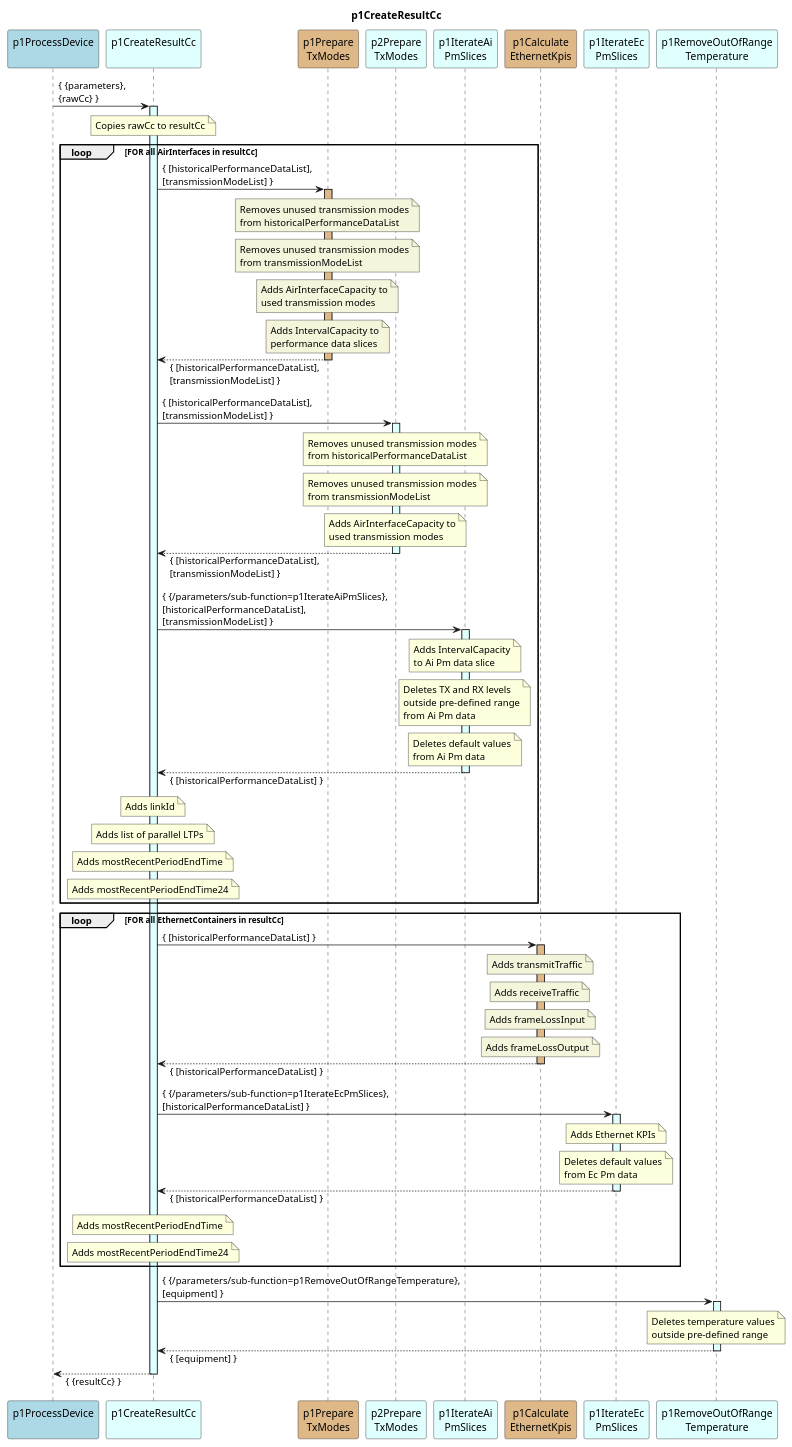
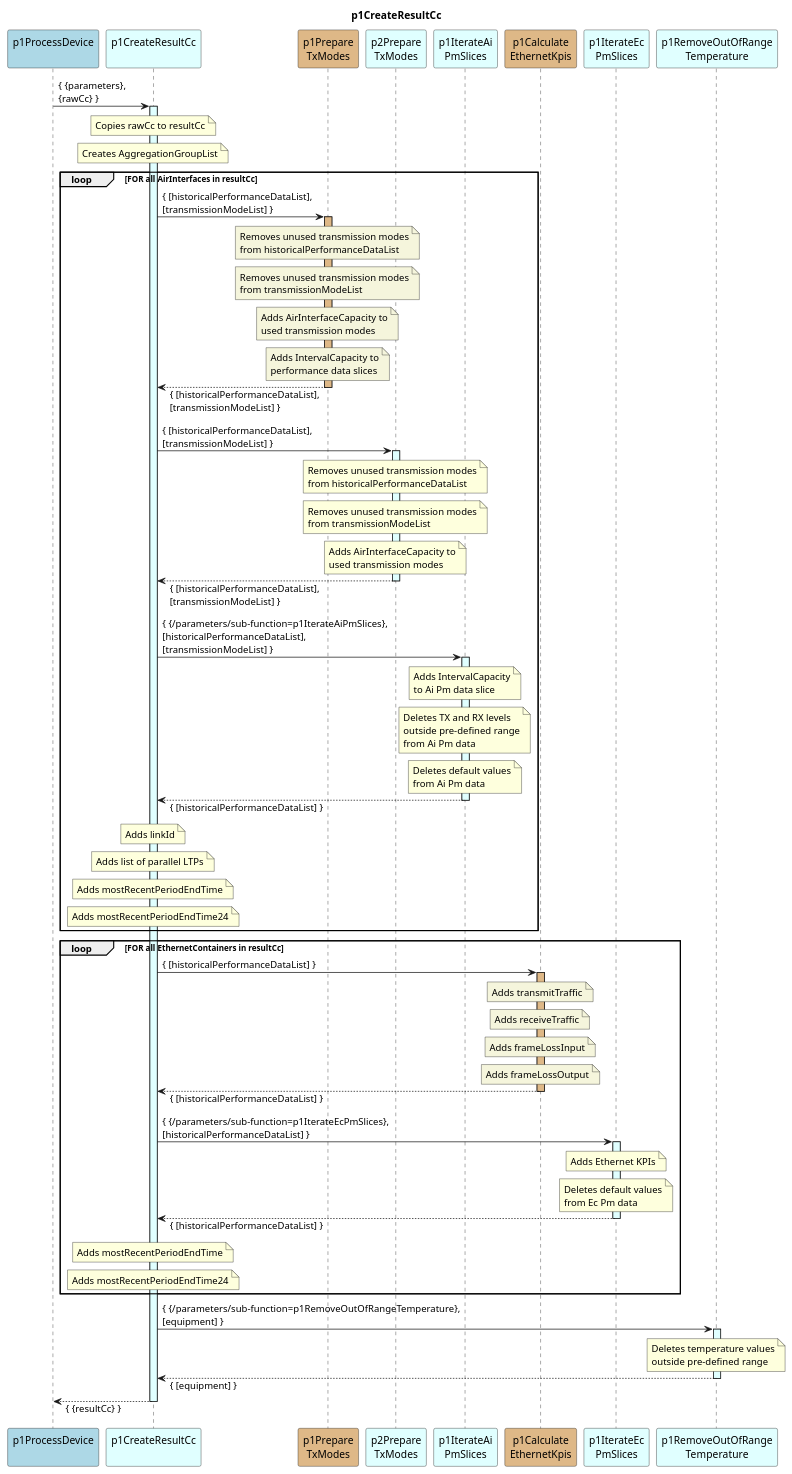
One commit to openBackhaul/DevicePerformanceManagementDataProcessor changed the diagram in spec/Functions/p1StreamPmData/p1ProcessDevice/p1CreateResultCc/1.1.0/p1CreateResultCc.plantuml. Above: the diagram before and after it, drawn with PlantUML. The commit also changed 4 other files, not shown here.

```diff
--- a/spec/Functions/p1StreamPmData/p1ProcessDevice/p1CreateResultCc/1.1.0/p1CreateResultCc.plantuml
+++ b/spec/Functions/p1StreamPmData/p1ProcessDevice/p1CreateResultCc/1.1.0/p1CreateResultCc.plantuml
@@ -1,176 +1,180 @@
 @startuml p1CreateResultCc
 skinparam responseMessageBelowArrow true
 
 title
   p1CreateResultCc
 end title
 
 participant "p1ProcessDevice\n" as requestor #LightBlue
 participant "p1CreateResultCc\n" as cur #LightCyan
 participant "p1Prepare\nTxModes" as p1PrepTxModes #BurlyWood
 participant "p2Prepare\nTxModes" as p2PrepTxModes #LightCyan
 participant "p1IterateAi\nPmSlices" as p1IterateAi #LightCyan
 participant "p1Calculate\nEthernetKpis" as ethKpis #BurlyWood
 participant "p1IterateEc\nPmSlices" as p1IterateEc #LightCyan
 participant "p1RemoveOutOfRange\nTemperature" as p1RemoveTemp #LightCyan
 
 requestor -> cur: { {parameters},\n{rawCc} }
 activate cur #LightCyan
 
   note over cur
     Copies rawCc to resultCc
+  end note
+
+  note over cur
+    Creates AggregationGroupList
   end note
 
   loop FOR all AirInterfaces in resultCc
 
     cur -> p1PrepTxModes : { [historicalPerformanceDataList],\n[transmissionModeList] }
     activate p1PrepTxModes #BurlyWood
 
       note over p1PrepTxModes #Beige
         Removes unused transmission modes
         from historicalPerformanceDataList
       end note
 
       note over p1PrepTxModes #Beige
         Removes unused transmission modes
         from transmissionModeList
       end note
 
       note over p1PrepTxModes #Beige
         Adds AirInterfaceCapacity to
         used transmission modes
       end note
 
       note over p1PrepTxModes #Beige
         Adds IntervalCapacity to
         performance data slices
       end note
 
     cur <-- p1PrepTxModes : { [historicalPerformanceDataList],\n[transmissionModeList] }
     deactivate p1PrepTxModes
 
     cur -> p2PrepTxModes : { [historicalPerformanceDataList],\n[transmissionModeList] }
     activate p2PrepTxModes #LightCyan
 
       note over p2PrepTxModes
         Removes unused transmission modes
         from historicalPerformanceDataList
       end note
 
       note over p2PrepTxModes
         Removes unused transmission modes
         from transmissionModeList
       end note
 
       note over p2PrepTxModes
         Adds AirInterfaceCapacity to
         used transmission modes
       end note
 
     cur <-- p2PrepTxModes : { [historicalPerformanceDataList],\n[transmissionModeList] }
     deactivate p2PrepTxModes
 
     cur -> p1IterateAi : { {/parameters/sub-function=p1IterateAiPmSlices},\n[historicalPerformanceDataList],\n[transmissionModeList] }
     activate p1IterateAi #LightCyan
 
       note over p1IterateAi
         Adds IntervalCapacity
         to Ai Pm data slice
       end note
 
       note over p1IterateAi
         Deletes TX and RX levels
         outside pre-defined range
         from Ai Pm data
       end note
 
       note over p1IterateAi
         Deletes default values
         from Ai Pm data
       end note
 
     cur <-- p1IterateAi : { [historicalPerformanceDataList] }
     deactivate p1IterateAi
 
     note over cur
       Adds linkId
     end note
 
     note over cur
       Adds list of parallel LTPs
     end note
 
     note over cur
       Adds mostRecentPeriodEndTime
     end note
 
     note over cur
       Adds mostRecentPeriodEndTime24
     end note
 
   end
 
   loop FOR all EthernetContainers in resultCc
 
     cur -> ethKpis : { [historicalPerformanceDataList] }
     activate ethKpis #BurlyWood
 
       note over ethKpis #Beige
         Adds transmitTraffic
       end note
 
       note over ethKpis #Beige
         Adds receiveTraffic
       end note
 
       note over ethKpis #Beige
         Adds frameLossInput
       end note
 
       note over ethKpis #Beige
         Adds frameLossOutput
       end note
 
     cur <-- ethKpis : { [historicalPerformanceDataList] }
     deactivate ethKpis
 
     cur -> p1IterateEc : { {/parameters/sub-function=p1IterateEcPmSlices},\n[historicalPerformanceDataList] }
     activate p1IterateEc #LightCyan
 
       note over p1IterateEc
         Adds Ethernet KPIs
       end note
 
       note over p1IterateEc
         Deletes default values
         from Ec Pm data
       end note
 
     cur <-- p1IterateEc : { [historicalPerformanceDataList] }
     deactivate p1IterateEc
 
     note over cur
       Adds mostRecentPeriodEndTime
     end note
 
     note over cur
       Adds mostRecentPeriodEndTime24
     end note
 
   end loop
 
   cur -> p1RemoveTemp : { {/parameters/sub-function=p1RemoveOutOfRangeTemperature},\n[equipment] }
   activate p1RemoveTemp #LightCyan
 
     note over p1RemoveTemp
       Deletes temperature values
       outside pre-defined range
     end note
 
   cur <-- p1RemoveTemp : { [equipment] }
   deactivate p1RemoveTemp
 
 requestor <-- cur: { {resultCc} }
 deactivate cur
 
 @enduml
```
